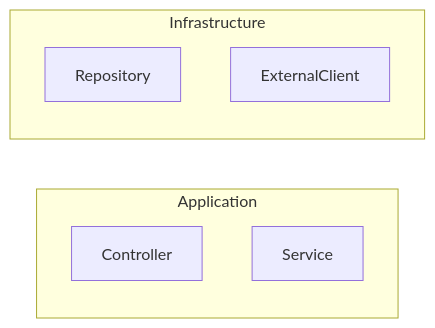
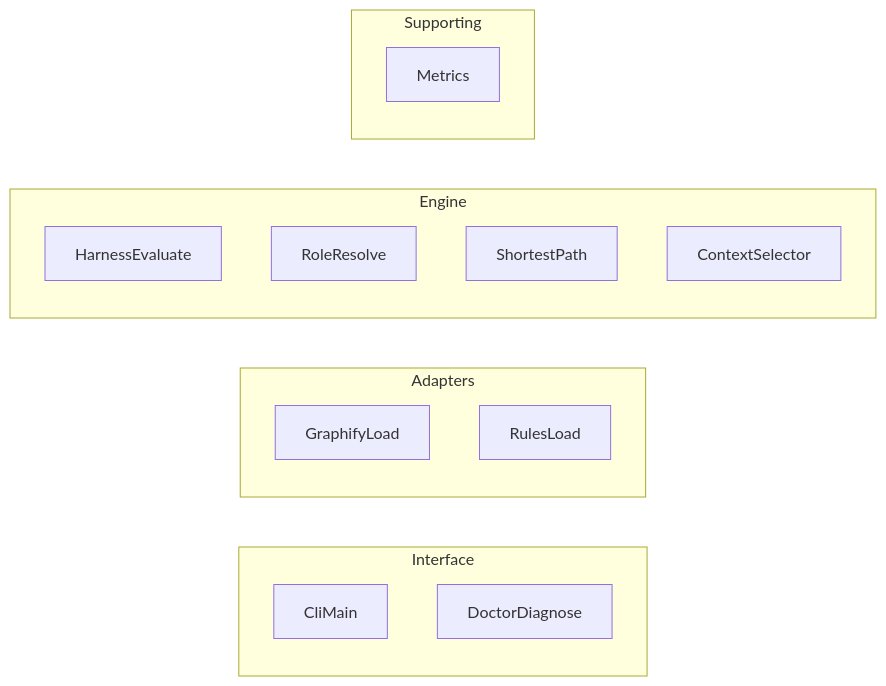
The diagram in architecture/diagrams/domains.mmd (Jeandavidnelson/Harness), drawn with Mermaid before and after one commit. The commit also changed other lines of this file and 10 other files, not shown here.

Commit message:
feat(v1.1): validate real architecture rules

```diff
--- a/architecture/diagrams/domains.mmd
+++ b/architecture/diagrams/domains.mmd
@@ -1,9 +1,18 @@
 flowchart LR
-    subgraph Application
-        Controller
-        Service
+    subgraph Interface
+        CliMain
+        DoctorDiagnose
     end
-    subgraph Infrastructure
-        Repository
-        ExternalClient
+    subgraph Adapters
+        GraphifyLoad
+        RulesLoad
     end
+    subgraph Engine
+        HarnessEvaluate
+        RoleResolve
+        ShortestPath
+        ContextSelector
+    end
+    subgraph Supporting
+        Metrics
+    end
```
